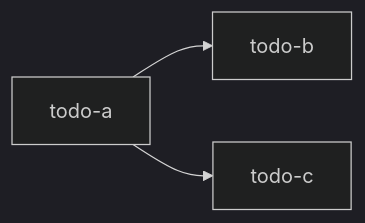
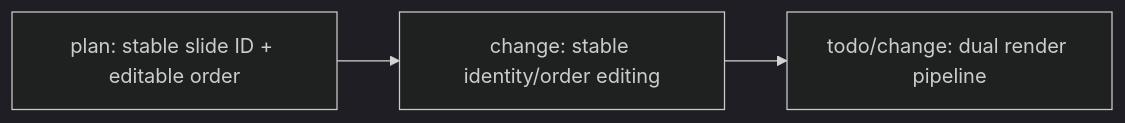
Before and after one commit to ethan-jiang-1/ai_tool_ppt_maker: the diagram in _backlog/todos/README.md, drawn with Mermaid (dark theme). The commit also changed other lines of this file and 97 other files, not shown here.

Commit message:
feat: stable slide identity + order editing

````diff
--- a/_backlog/todos/README.md
+++ b/_backlog/todos/README.md
@@ -30,5 +30,5 @@
 ```mermaid
 flowchart LR
-  A["todo-a"] --> B["todo-b"]
-  A --> C["todo-c"]
+  A["plan: stable slide ID + editable order"] --> B["change: stable identity/order editing"]
+  B --> C["todo/change: dual render pipeline"]
 ```
````
